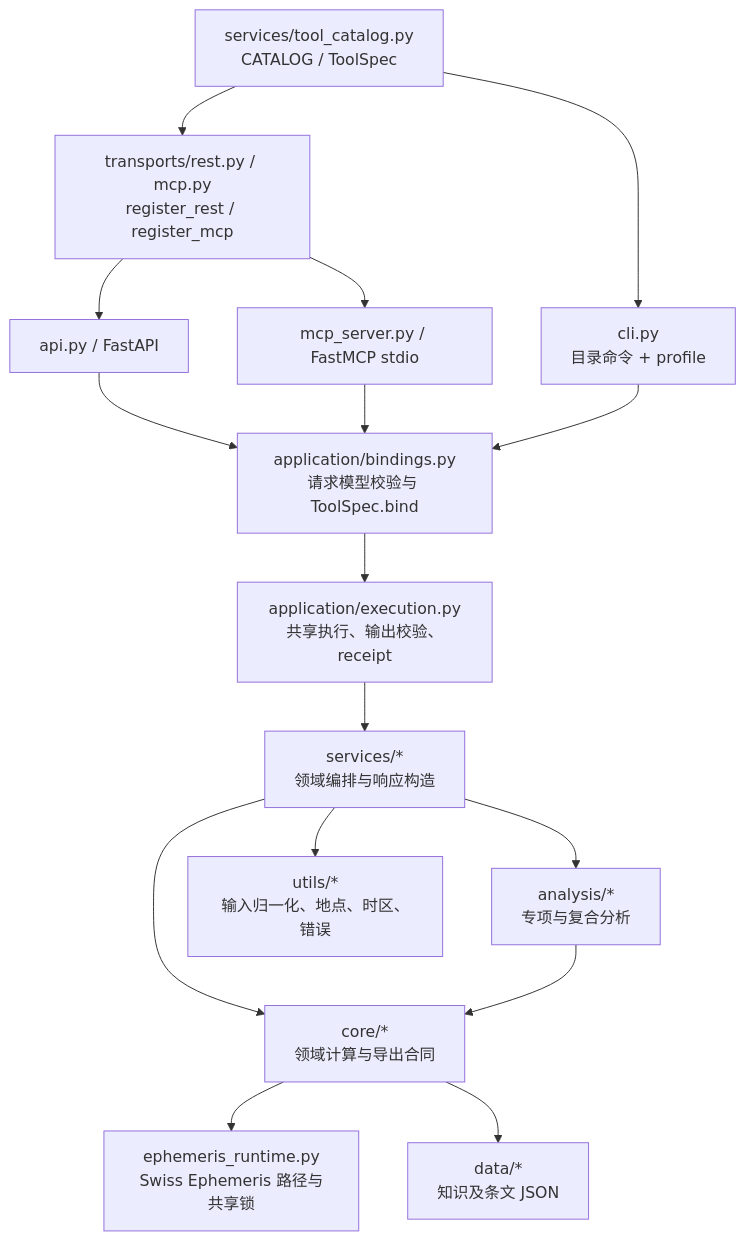
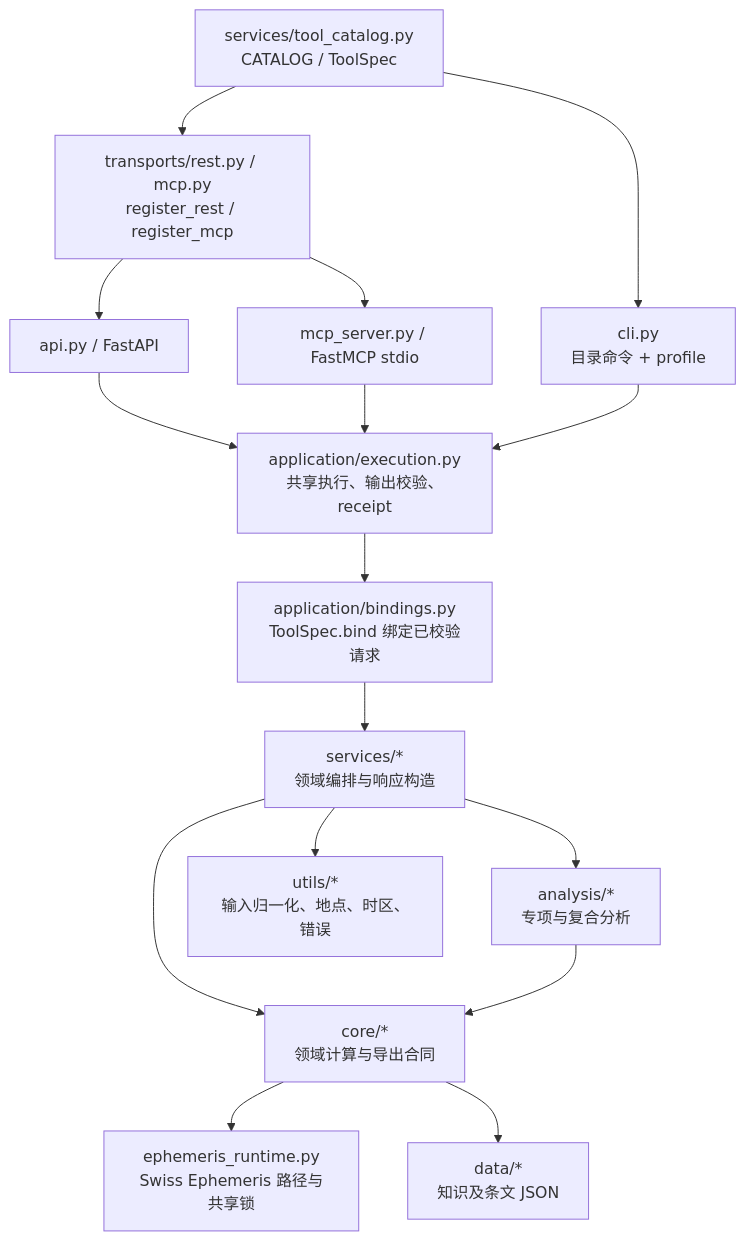
Before and after one commit to thomas-yanxin/FateBridge: the first of 2 diagrams in docs/architecture.md, drawn with Mermaid. The commit also changed other lines of this file and 164 other files, not shown here.

````diff
--- a/docs/architecture.md
+++ b/docs/architecture.md
@@ -7,18 +13,18 @@
 ```mermaid
 flowchart TD
     Catalog["services/tool_catalog.py<br/>CATALOG / ToolSpec"] --> Registrar["transports/rest.py / mcp.py<br/>register_rest / register_mcp"]
     Catalog --> CLI["cli.py<br/>目录命令 + profile"]
     Registrar --> REST["api.py / FastAPI"]
     Registrar --> MCP["mcp_server.py / FastMCP stdio"]
-    REST --> Bind["application/bindings.py<br/>请求模型校验与 ToolSpec.bind"]
-    MCP --> Bind
-    CLI --> Bind
-    Bind --> Execution["application/execution.py<br/>共享执行、输出校验、receipt"]
-    Execution --> Services["services/*<br/>领域编排与响应构造"]
+    REST --> Execution["application/execution.py<br/>共享执行、输出校验、receipt"]
+    MCP --> Execution
+    CLI --> Execution
+    Execution --> Bind["application/bindings.py<br/>ToolSpec.bind 绑定已校验请求"]
+    Bind --> Services["services/*<br/>领域编排与响应构造"]
     Services --> Analysis["analysis/*<br/>专项与复合分析"]
     Services --> Core["core/*<br/>领域计算与导出合同"]
     Services --> Utils["utils/*<br/>输入归一化、地点、时区、错误"]
     Core --> Ephe["ephemeris_runtime.py<br/>Swiss Ephemeris 路径与共享锁"]
     Core --> Data["data/*<br/>知识及条文 JSON"]
     Analysis --> Core
 ```
````
